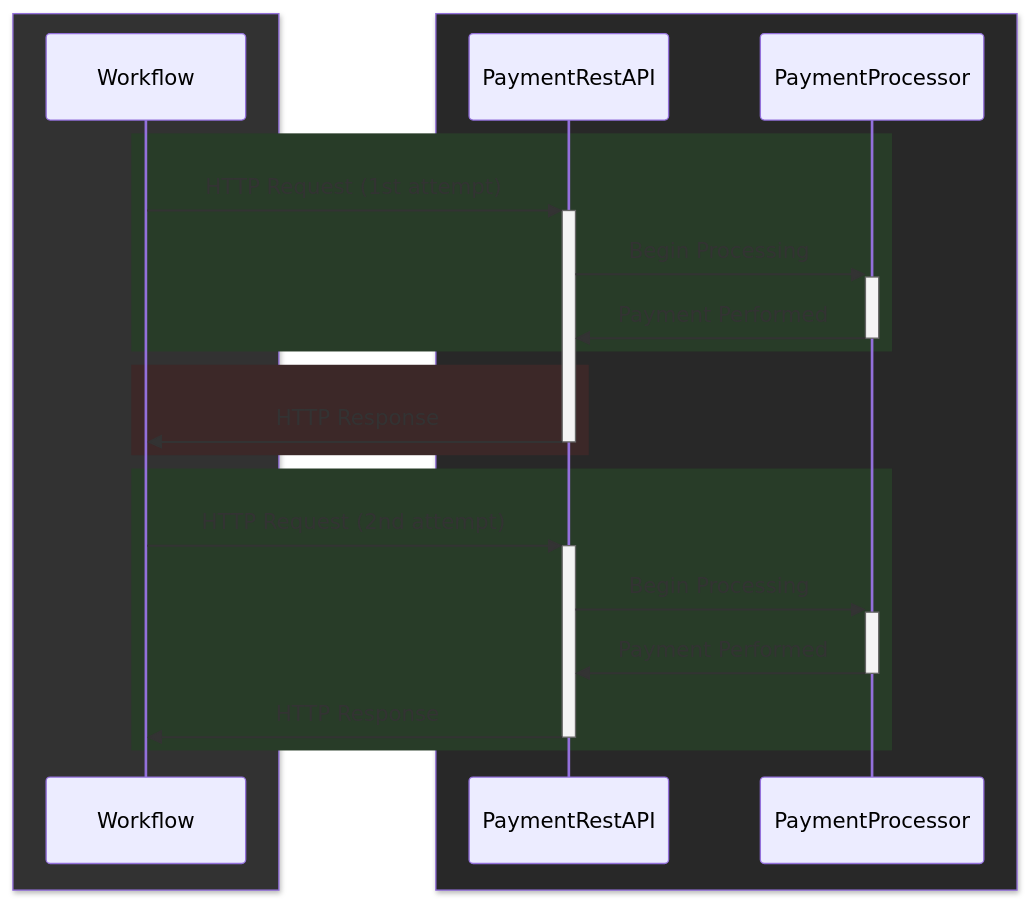
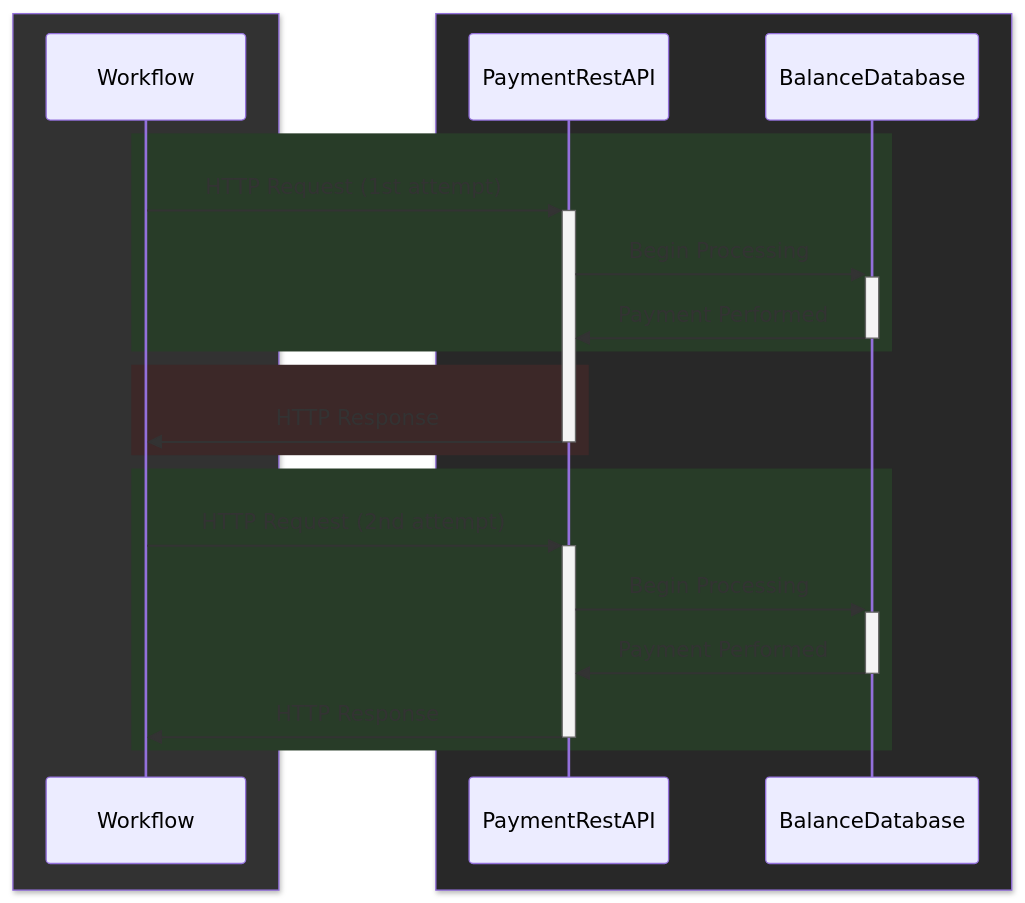
The fifth of 6 diagrams in slides.md (mattiamanzati/durable-workflows-with-effect-cluster), drawn with Mermaid before and after one commit. The commit also changed other lines of this file and 1 other file, not shown here.

````diff
--- a/slides.md
+++ b/slides.md
@@ -595,24 +595,24 @@
 ```mermaid { scale: 0.55 }
 sequenceDiagram
 box rgb(50,50,50)
 participant Workflow
 end
 box rgb(40,40,40)
 participant PaymentRestAPI
-participant PaymentProcessor
+participant BalanceDatabase
 end
 rect rgb(40,60,40)
 Workflow->>+PaymentRestAPI: HTTP Request (1st attempt)
-PaymentRestAPI->>+PaymentProcessor: Begin Processing
-PaymentProcessor->>-PaymentRestAPI: Payment Performed
+PaymentRestAPI->>+BalanceDatabase: Begin Processing
+BalanceDatabase->>-PaymentRestAPI: Payment Performed
 end
 rect rgb(60,40,40)
 PaymentRestAPI->>-Workflow: HTTP Response
 end
 rect rgb(40,60,40)
 Workflow->>+PaymentRestAPI: HTTP Request (2nd attempt)
-PaymentRestAPI->>+PaymentProcessor: Begin Processing
-PaymentProcessor->>-PaymentRestAPI: Payment Performed
+PaymentRestAPI->>+BalanceDatabase: Begin Processing
+BalanceDatabase->>-PaymentRestAPI: Payment Performed
 PaymentRestAPI->>-Workflow: HTTP Response
 end
 ```
````
